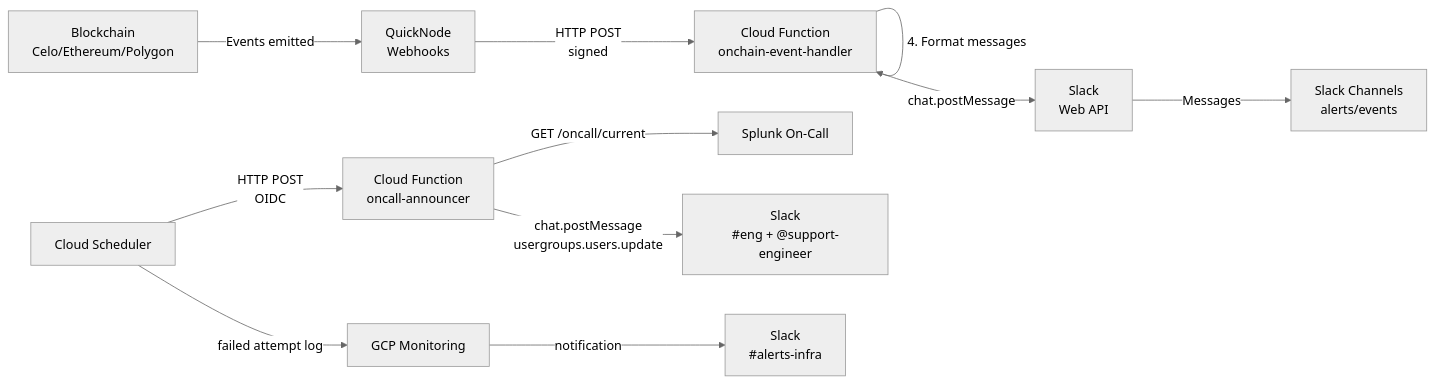
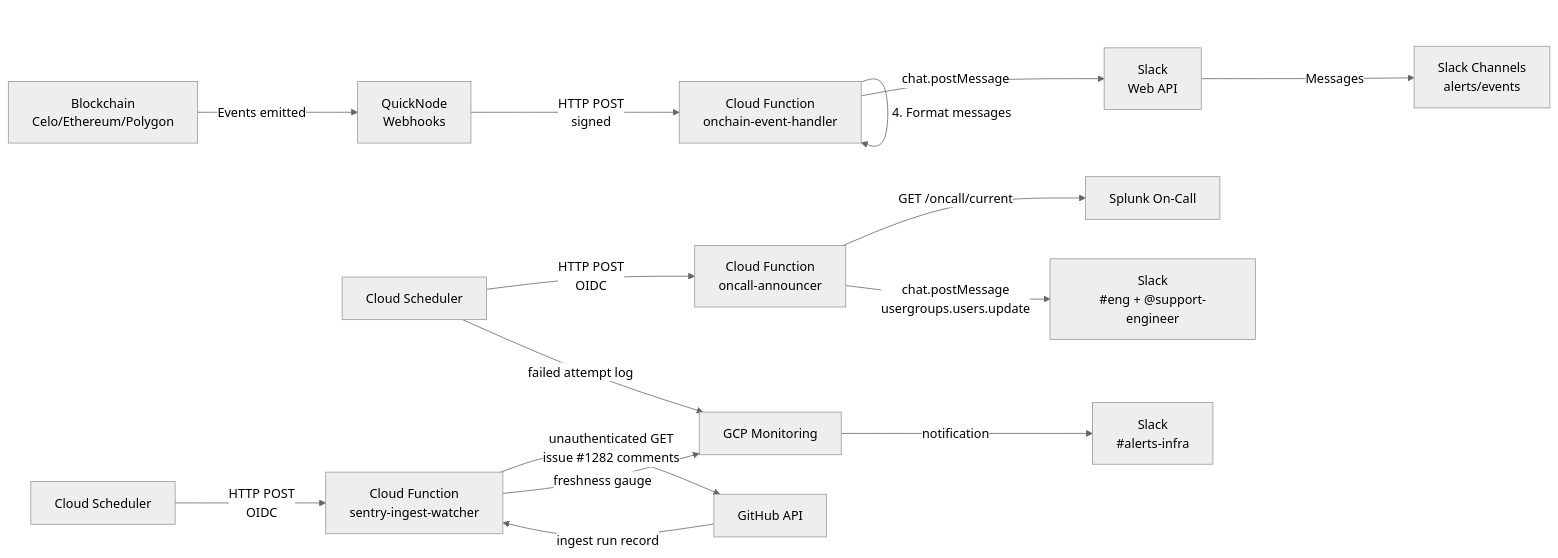
One commit to mento-protocol/monitoring-monorepo changed the diagram in alerts/infra/README.md. Above: the diagram before and after it, drawn with Mermaid (neutral theme). The commit also changed other lines of this file and 23 other files, not shown here.

First line of the commit message:
feat(alerts): add a dead-man switch for Sentry triage ingest (#1710)

````diff
--- a/alerts/infra/README.md
+++ b/alerts/infra/README.md
@@ -28,16 +29,20 @@
 ```mermaid
 graph LR
     A[Blockchain<br/>Celo/Ethereum/Polygon] -->|Events emitted| B[QuickNode<br/>Webhooks]
     B -->|HTTP POST<br/>signed| C[Cloud Function<br/>onchain-event-handler]
     C -->|1. Verify signature| C
     C -->|2. Validate payload| C
     C -->|3. Process events| C
     C -->|4. Format messages| C
     C -->|chat.postMessage| D[Slack<br/>Web API]
     D -->|Messages| E[Slack Channels<br/>alerts/events]
     F[Cloud Scheduler] -->|HTTP POST<br/>OIDC| G[Cloud Function<br/>oncall-announcer]
     G -->|GET /oncall/current| H[Splunk On-Call]
     G -->|chat.postMessage<br/>usergroups.users.update| I[Slack<br/>#eng + @support-engineer]
     F -->|failed attempt log| J[GCP Monitoring]
     J -->|notification| K[Slack<br/>#alerts-infra]
+    L[Cloud Scheduler] -->|HTTP POST<br/>OIDC| M[Cloud Function<br/>sentry-ingest-watcher]
+    M -->|unauthenticated GET<br/>issue #1282 comments| N[GitHub API]
+    N -->|ingest run record| M
+    M -->|freshness gauge| J
 ```
````
